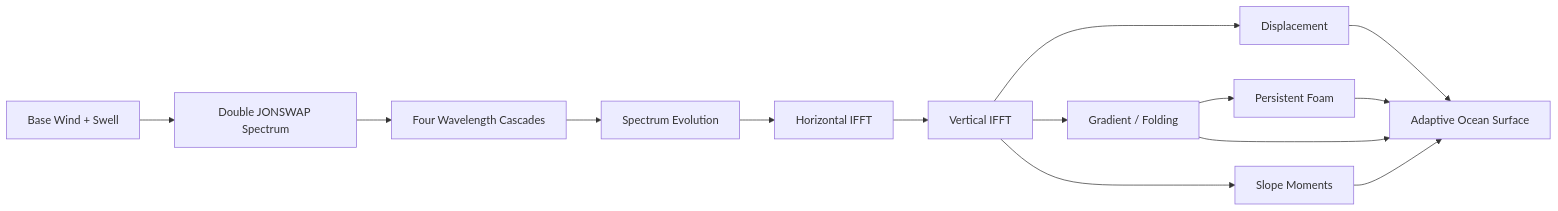
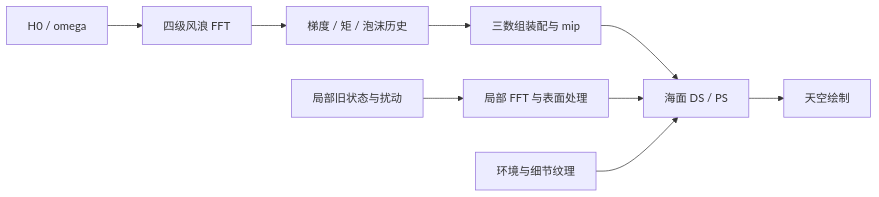
The diagram in WAVEWORKS_LIKE_OCEAN_CN.md (peinanlin/PrismRender), drawn with Mermaid before and after one commit. The commit also changed other lines of this file and 21 other files, not shown here.

````diff
--- a/WAVEWORKS_LIKE_OCEAN_CN.md
+++ b/WAVEWORKS_LIKE_OCEAN_CN.md
@@ -36,16 +47,11 @@
 ```mermaid
 flowchart LR
-    A[Base Wind + Swell] --> B[Double JONSWAP Spectrum]
-    B --> C[Four Wavelength Cascades]
-    C --> D[Spectrum Evolution]
-    D --> E[Horizontal IFFT]
-    E --> F[Vertical IFFT]
-    F --> G[Displacement]
-    F --> H[Gradient / Folding]
-    F --> I[Slope Moments]
-    H --> J[Persistent Foam]
-    G --> K[Adaptive Ocean Surface]
-    H --> K
-    I --> K
-    J --> K
+    A[H0 / omega] --> B[四级风浪 FFT]
+    B --> C[梯度 / 矩 / 泡沫历史]
+    C --> D[三数组装配与 mip]
+    E[局部旧状态与扰动] --> F[局部 FFT 与表面处理]
+    D --> G[海面 DS / PS]
+    F --> G
+    H[环境与细节纹理] --> G
+    G --> I[天空绘制]
 ```
````
